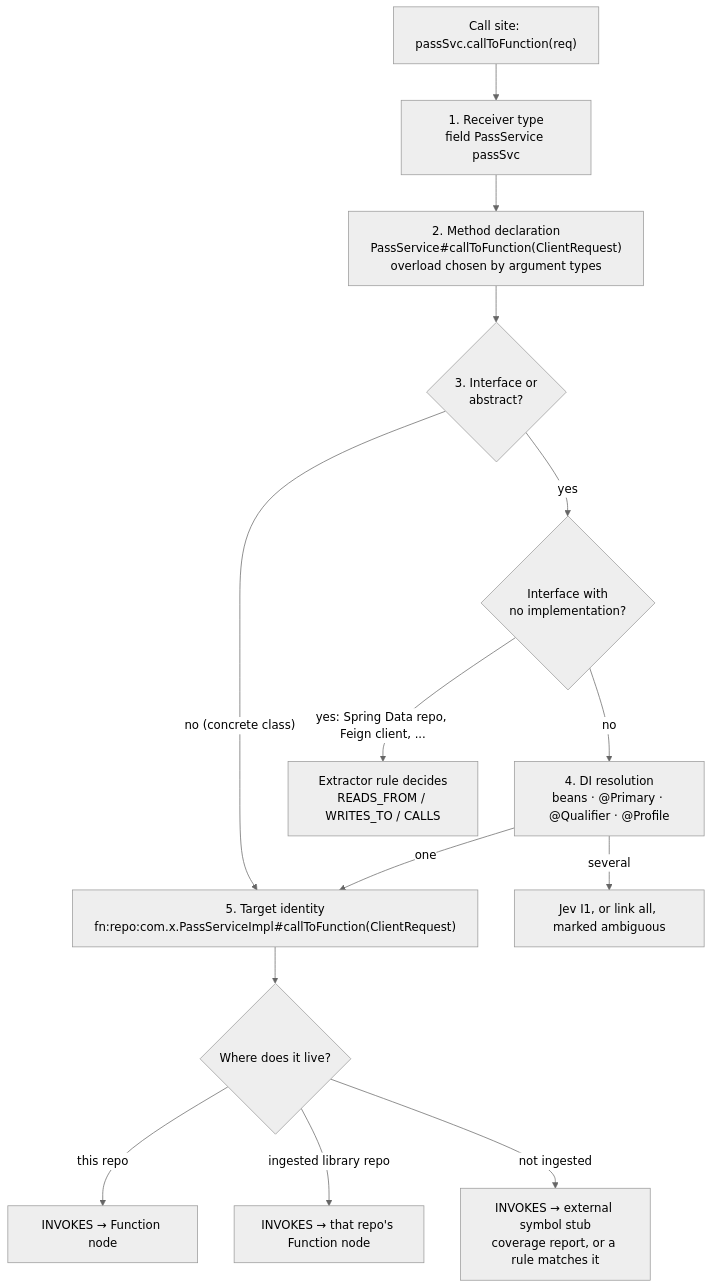
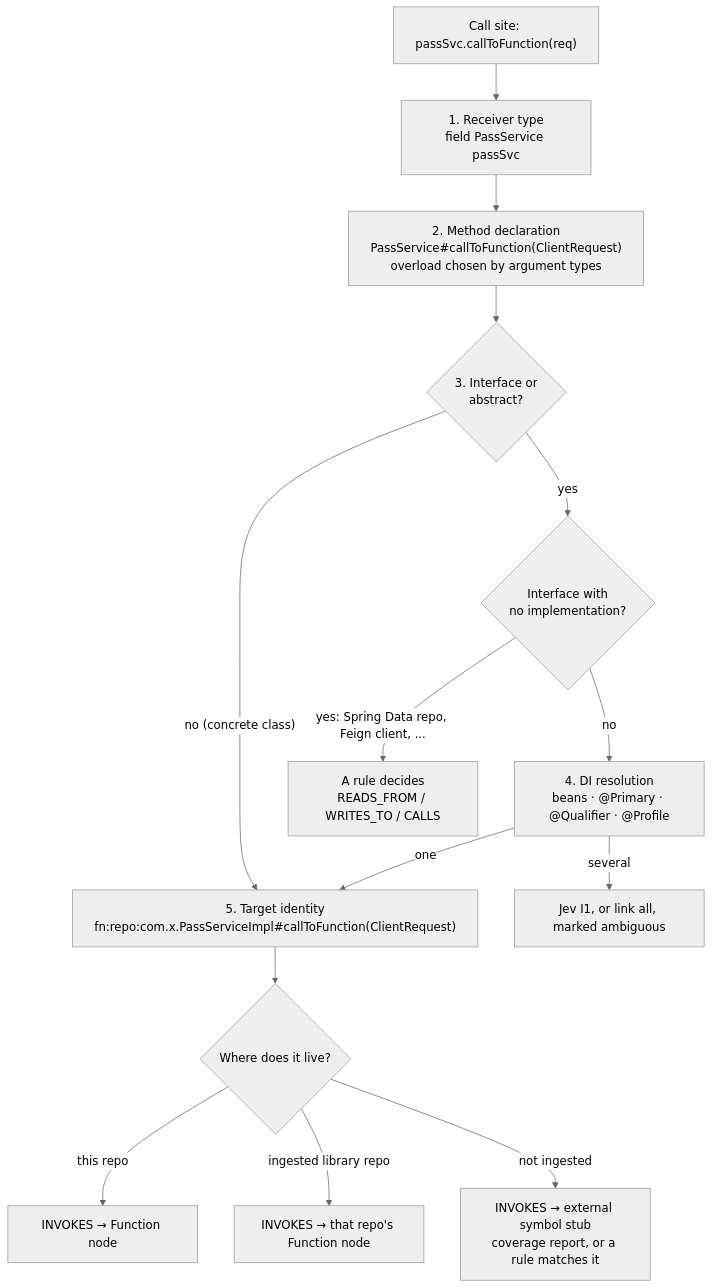
The second of 5 diagrams in docs/ingestion.md (KBavis/steno), drawn with Mermaid (neutral theme) before and after one commit. The commit also changed other lines of this file and 46 other files, not shown here.

````diff
--- a/docs/ingestion.md
+++ b/docs/ingestion.md
@@ -242,16 +256,16 @@
 ```mermaid
 flowchart TD
     CS["Call site: passSvc.callToFunction(req)"] --> T1[1. Receiver type<br/>field PassService passSvc]
     T1 --> T2["2. Method declaration<br/>PassService#callToFunction(ClientRequest)<br/>overload chosen by argument types"]
     T2 --> T3{"3. Interface or<br/>abstract?"}
     T3 -- "no (concrete class)" --> T5
     T3 -- yes --> T4a{"Interface with<br/>no implementation?"}
-    T4a -- "yes: Spring Data repo, Feign client, ..." --> R[Extractor rule decides<br/>READS_FROM / WRITES_TO / CALLS]
+    T4a -- "yes: Spring Data repo, Feign client, ..." --> R[A rule decides<br/>READS_FROM / WRITES_TO / CALLS]
     T4a -- "no" --> T4[4. DI resolution<br/>beans · @Primary · @Qualifier · @Profile]
     T4 -- one --> T5["5. Target identity<br/>fn:repo:com.x.PassServiceImpl#callToFunction(ClientRequest)"]
     T4 -- several --> J[Jev I1, or link all, marked ambiguous]
     T5 --> W{Where does it live?}
     W -- "this repo" --> N1[INVOKES → Function node]
     W -- "ingested library repo" --> N2[INVOKES → that repo's Function node]
     W -- "not ingested" --> N3[INVOKES → external symbol stub<br/>coverage report, or a rule matches it]
 ```
````
